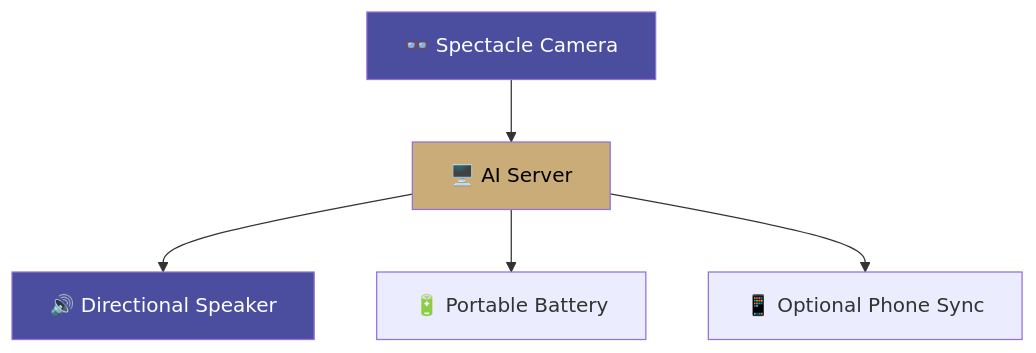
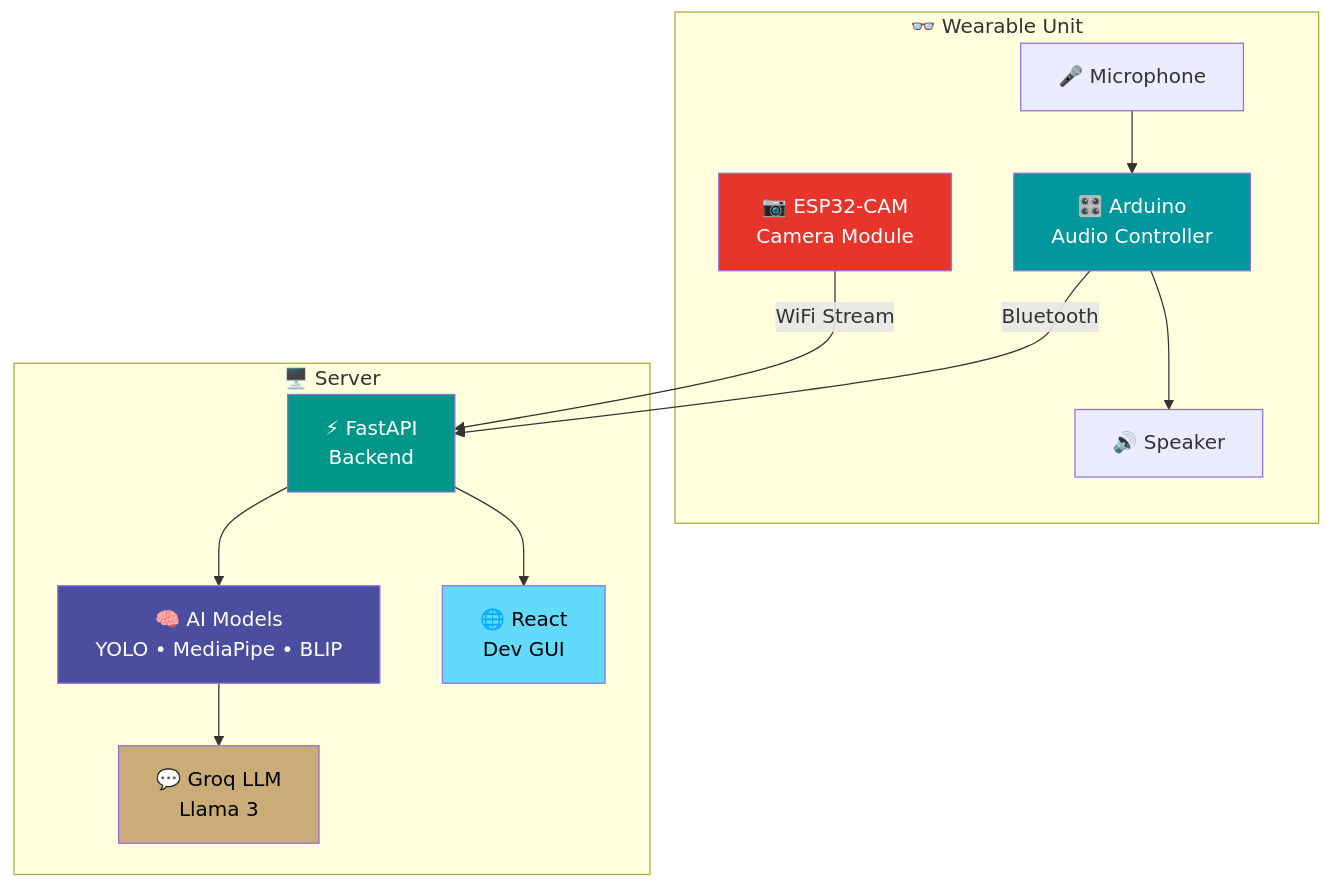
Before and after one commit to rajin-khan/AIris: the first of 3 diagrams in README.md, drawn with Mermaid. The commit also changed other lines of this file and 2 other files, not shown here.

````diff
--- a/README.md
+++ b/README.md
@@ -43,11 +75,31 @@
 ```mermaid
 graph TB
-    A[👓 Spectacle Camera] --> B[🖥️ AI Server]
-    B --> C[🔊 Directional Speaker]
-    B --> D[🔋 Portable Battery]
-    B --> E[📱 Optional Phone Sync]
+    subgraph "👓 Wearable Unit"
+        A[📷 ESP32-CAM<br/>Camera Module]
+        B[🎤 Microphone]
+        C[🔊 Speaker]
+        D[🎛️ Arduino<br/>Audio Controller]
+    end
     
-    style A fill:#4B4E9E,color:#fff
-    style B fill:#C9AC78,color:#000
-    style C fill:#4B4E9E,color:#fff
+    subgraph "🖥️ Server"
+        E[⚡ FastAPI<br/>Backend]
+        F[🧠 AI Models<br/>YOLO • MediaPipe • BLIP]
+        G[💬 Groq LLM<br/>Llama 3]
+        H[🌐 React<br/>Dev GUI]
+    end
+    
+    A -->|WiFi Stream| E
+    D -->|Bluetooth| E
+    B --> D
+    D --> C
+    E --> F
+    F --> G
+    E --> H
+    
+    style A fill:#E7352C,color:#fff
+    style D fill:#00979D,color:#fff
+    style E fill:#009688,color:#fff
+    style F fill:#4B4E9E,color:#fff
+    style G fill:#C9AC78,color:#000
+    style H fill:#61DAFB,color:#000
 ```
````
